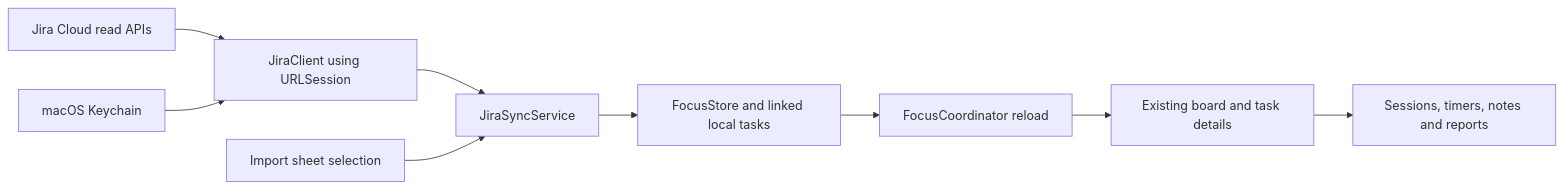
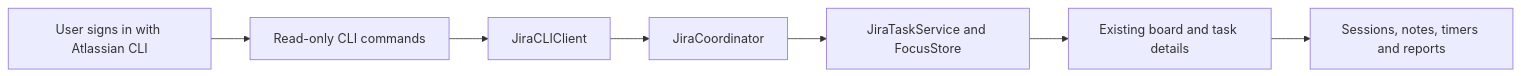
One commit to mpakus/focus-island changed the diagram in docs/JIRA-INTEGRATION-PLAN.md. Above: the diagram before and after it, drawn with Mermaid. The commit also changed other lines of this file and 21 other files, not shown here.

Commit message:
feat: import and refresh Jira tasks through Atlassian CLI

````diff
--- a/docs/JIRA-INTEGRATION-PLAN.md
+++ b/docs/JIRA-INTEGRATION-PLAN.md
@@ -65,11 +27,9 @@
 ```mermaid
 flowchart LR
-    Jira[Jira Cloud read APIs] --> Client[JiraClient using URLSession]
-    Keychain[macOS Keychain] --> Client
-    Client --> Sync[JiraSyncService]
-    Picker[Import sheet selection] --> Sync
-    Sync --> Store[FocusStore and linked local tasks]
-    Store --> Coordinator[FocusCoordinator reload]
-    Coordinator --> Board[Existing board and task details]
-    Board --> Work[Sessions, timers, notes and reports]
+    Auth[User signs in with Atlassian CLI] --> CLI[Read-only CLI commands]
+    CLI --> Client[JiraCLIClient]
+    Client --> UI[JiraCoordinator]
+    UI --> Store[JiraTaskService and FocusStore]
+    Store --> Board[Existing board and task details]
+    Board --> Work[Sessions, notes, timers and reports]
 ```
````
